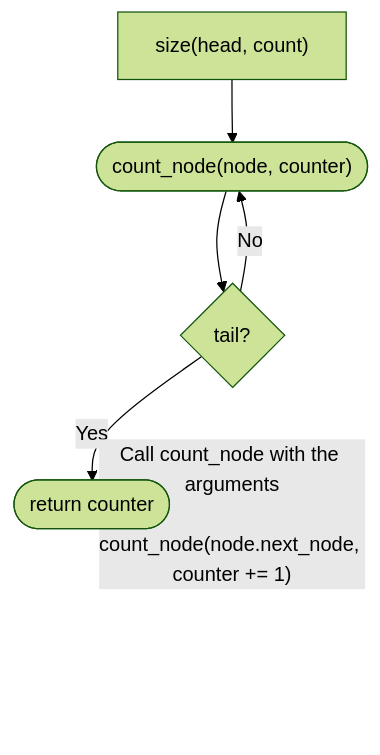
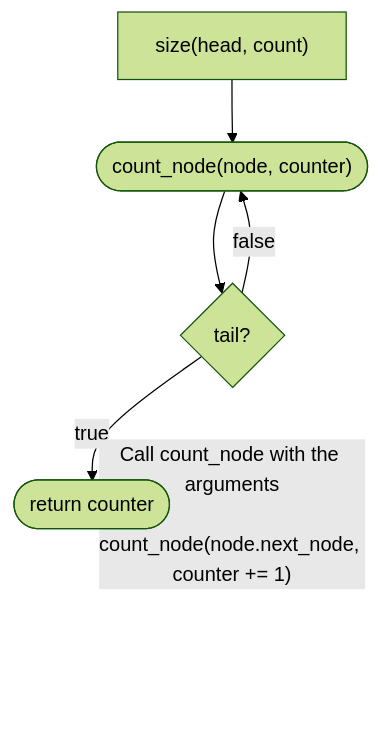
One commit to taladan/TOP-ruby-linked_list changed the seventh of 18 diagrams in README.md. Above: the diagram before and after it, drawn with Mermaid. The commit also changed other lines of this file, not shown here.

Commit message:
change yes/no to true/false

````diff
--- a/README.md
+++ b/README.md
@@ -119,9 +119,9 @@
 ```mermaid
 %%{init: {'theme':'forest'}}%%
 flowchart TD;
   start["size(head, count)"] --> count_node(["count_node(node, counter)"]) 
   count_node --> tail?{tail?}
-  tail? -->|Yes| ret_counter([return counter])
-  tail? -->|No| count_node
+  tail? -->|true| ret_counter([return counter])
+  tail? -->|false| count_node
   tail? ~~~ |"Call count_node with the arguments<br /> count_node(node.next_node, counter += 1)"| tail?
 ```
````
